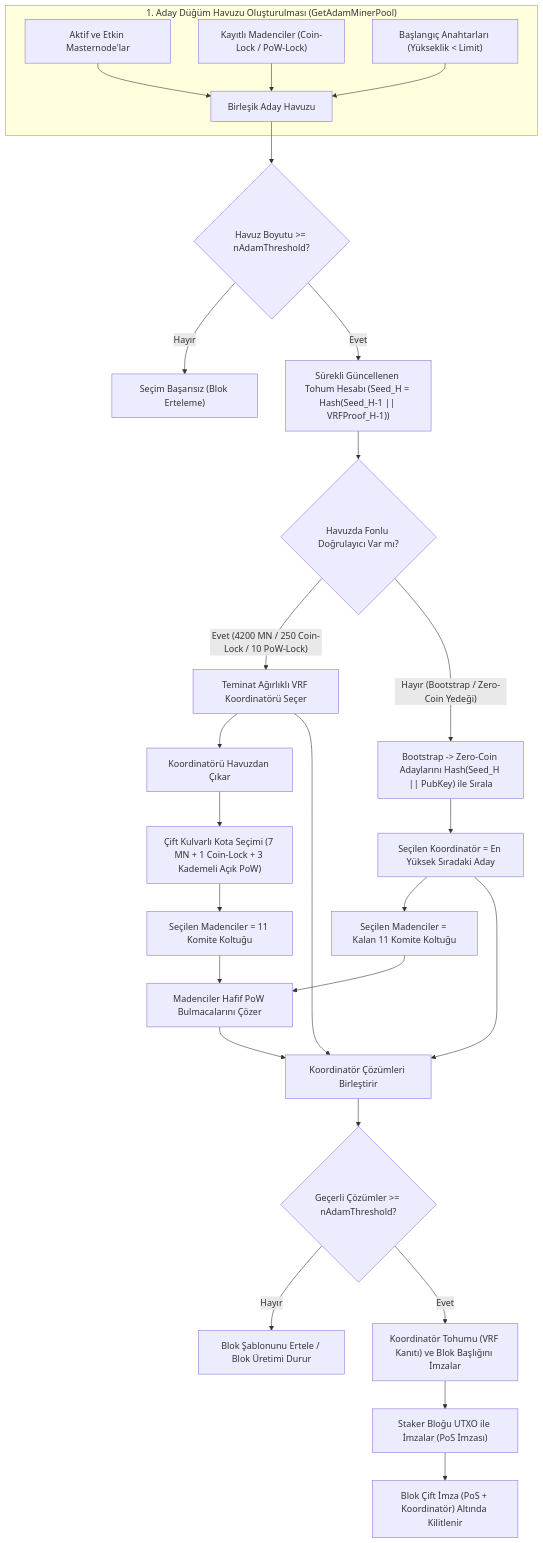
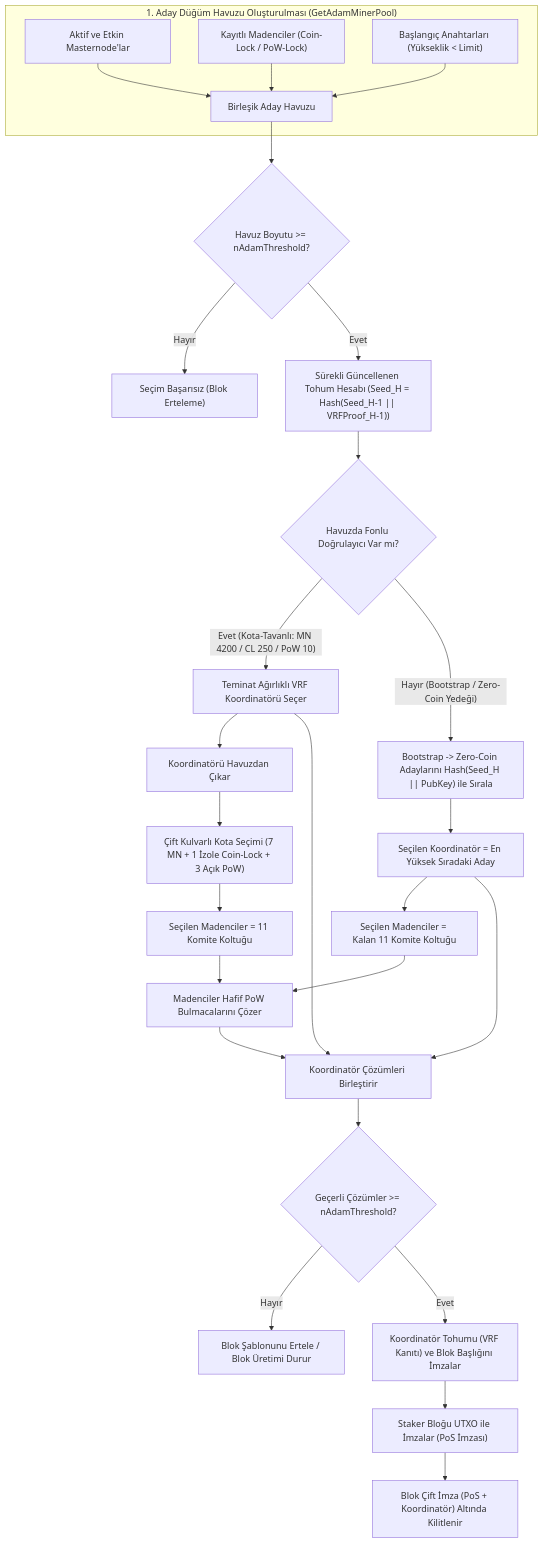
One commit to bedri/KristaTech-KRISTA changed the diagram in doc/A Decentralized Approach Model (ADAM)_TR.md. Above: the diagram before and after it, drawn with Mermaid. The commit also changed other lines of this file and 43 other files, not shown here.

Commit message:
v1.5.6.0: strict 1-seat Coin-Lock isolation, registration rate/wallet guards, quota-capped Coordinator VRF, LLMQ <5 MN preservation & PoB UTXO-splitting invariance (proto 70982)

````diff
--- a/doc/A Decentralized Approach Model (ADAM)_TR.md
+++ b/doc/A Decentralized Approach Model (ADAM)_TR.md
@@ -168,43 +168,43 @@
 ```mermaid
 graph TD
     %% Havuz Oluşturma
     subgraph Pool_Construction ["1. Aday Düğüm Havuzu Oluşturulması (GetAdamMinerPool)"]
         A1["Aktif ve Etkin Masternode'lar"] --> A4["Birleşik Aday Havuzu"]
         A2["Kayıtlı Madenciler (Coin-Lock / PoW-Lock)"] --> A4
         A3["Başlangıç Anahtarları (Yükseklik < Limit)"] --> A4
     end
 
     %% Doğrulama ve Tohum Hesaplama
     A4 --> B{"Havuz Boyutu >= nAdamThreshold?"}
     B -- "Hayır" --> C["Seçim Başarısız (Blok Erteleme)"]
     B -- "Evet" --> D["Sürekli Güncellenen Tohum Hesabı (Seed_H = Hash(Seed_H-1 || VRFProof_H-1))"]
 
     %% Seçim Kuralları
     D --> E{"Havuzda Fonlu Doğrulayıcı Var mı?"}
     
     %% Teminat Ağırlıklı VRF
-    E -- "Evet (4200 MN / 250 Coin-Lock / 10 PoW-Lock)" --> F1["Teminat Ağırlıklı VRF Koordinatörü Seçer"]
+    E -- "Evet (Kota-Tavanlı: MN 4200 / CL 250 / PoW 10)" --> F1["Teminat Ağırlıklı VRF Koordinatörü Seçer"]
     F1 --> F3["Koordinatörü Havuzdan Çıkar"]
-    F3 --> F4["Çift Kulvarlı Kota Seçimi (7 MN + 1 Coin-Lock + 3 Kademeli Açık PoW)"]
+    F3 --> F4["Çift Kulvarlı Kota Seçimi (7 MN + 1 İzole Coin-Lock + 3 Açık PoW)"]
     F4 --> F5["Seçilen Madenciler = 11 Komite Koltuğu"]
     
     %% Bootstrap / Zero-Coin Yedeği
     E -- "Hayır (Bootstrap / Zero-Coin Yedeği)" --> G1["Bootstrap -> Zero-Coin Adaylarını Hash(Seed_H || PubKey) ile Sırala"]
     G1 --> G3["Seçilen Koordinatör = En Yüksek Sıradaki Aday"]
     G3 --> G2["Seçilen Madenciler = Kalan 11 Komite Koltuğu"]
 
     %% Çalıştırma Aşaması
     F5 --> H["Madenciler Hafif PoW Bulmacalarını Çözer"]
     G2 --> H
     
     H --> I["Koordinatör Çözümleri Birleştirir"]
     F1 --> I
     G3 --> I
     
     I --> J{"Geçerli Çözümler >= nAdamThreshold?"}
     J -- "Hayır" --> K["Blok Şablonunu Ertele / Blok Üretimi Durur"]
     
     J -- "Evet" --> L["Koordinatör Tohumu (VRF Kanıtı) ve Blok Başlığını İmzalar"]
     L --> M["Staker Bloğu UTXO ile İmzalar (PoS İmzası)"]
     M --> N["Blok Çift İmza (PoS + Koordinatör) Altında Kilitlenir"]
 ```
````
